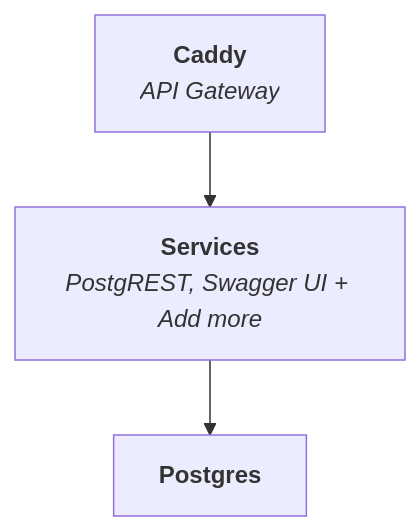
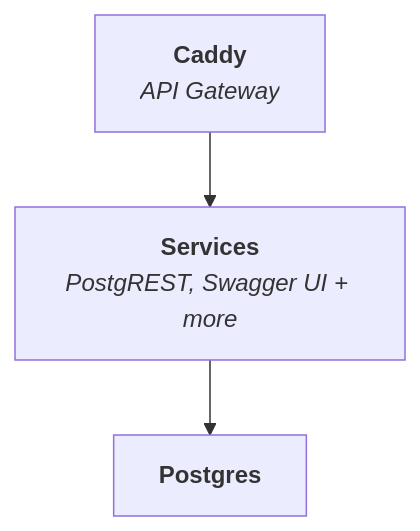
Before and after one commit to explodinglabs/superstack: the diagram in README.md, drawn with Mermaid. The commit also changed other lines of this file, not shown here.

````diff
--- a/README.md
+++ b/README.md
@@ -18,6 +19,6 @@
 ```mermaid
 flowchart TD
-    Caddy["<b>Caddy</b><br><i>API Gateway<i>"]
-    Caddy --> Middleware["<b>Services</b><br><i>PostgREST, Swagger UI + Add more</i>"]
+    Caddy["<b>Caddy</b><br><i>API Gateway</i>"]
+    Caddy --> Middleware["<b>Services</b><br><i>PostgREST, Swagger UI + more</i>"]
     Middleware --> Postgres["<b>Postgres</b>"]
 ```
````
